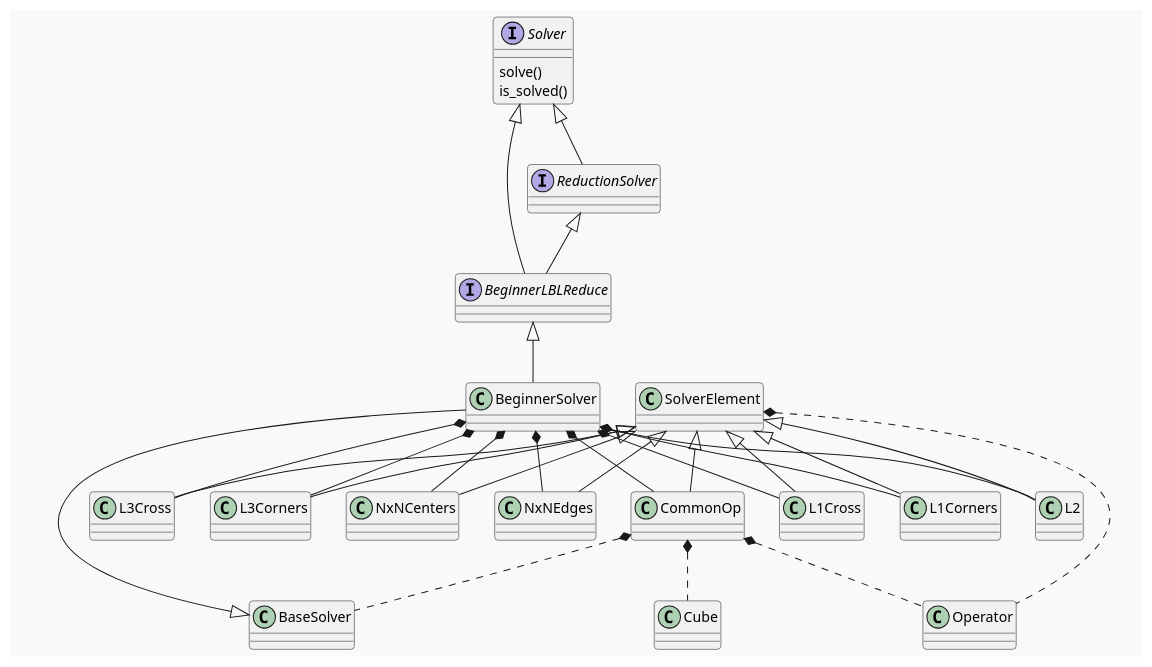
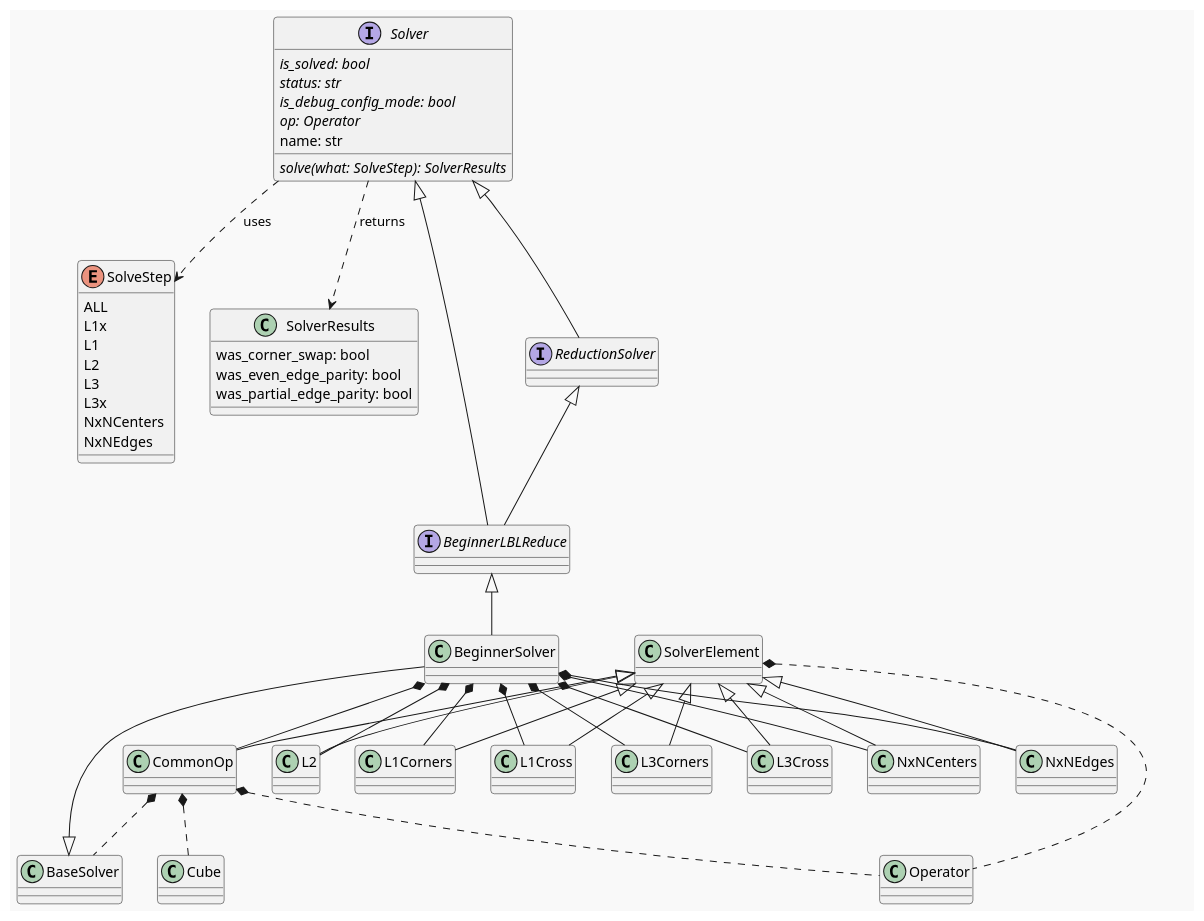
Before and after one commit to boaznahum/cubesolve: the diagram in readme_files/solver.puml, drawn with PlantUML. The commit also changed 14 other files, not shown here.

First line of the commit message:
Improve and add PlantUML diagrams for README documentation

```diff
--- a/readme_files/solver.puml
+++ b/readme_files/solver.puml
@@ -1,49 +1,74 @@
 @startuml
 !theme mars
 
 'https://plantuml.com/class-diagram
 
+enum SolveStep {
+    ALL
+    L1x
+    L1
+    L2
+    L3
+    L3x
+    NxNCenters
+    NxNEdges
+}
+
+class SolverResults {
+    was_corner_swap: bool
+    was_even_edge_parity: bool
+    was_partial_edge_parity: bool
+}
+
 interface Solver {
-    solve()
-    is_solved()
+    {abstract} solve(what: SolveStep): SolverResults
+    {abstract} is_solved: bool
+    {abstract} status: str
+    {abstract} is_debug_config_mode: bool
+    {abstract} op: Operator
+    name: str
 }
+
 interface ReductionSolver
 interface BeginnerLBLReduce
+
+Solver ..> SolveStep : uses
+Solver ..> SolverResults : returns
 
 Solver <|-- ReductionSolver
 
 
 
 
 Solver <|-- BeginnerLBLReduce
 ReductionSolver <|-- BeginnerLBLReduce
 
 class BeginnerSolver
 
 BeginnerLBLReduce <|-- BeginnerSolver
 BaseSolver <|-- BeginnerSolver
 
 CommonOp *.. Operator
 CommonOp *.. BaseSolver
 CommonOp *.. Cube
 
 SolverElement *.. Operator
 
 SolverElement <|-- CommonOp
 SolverElement <|-- L1Cross
 SolverElement <|-- L1Corners
 SolverElement <|-- L2
 SolverElement <|-- L3Cross
 SolverElement <|-- L3Corners
 SolverElement <|-- NxNCenters
 SolverElement <|-- NxNEdges
 
 BeginnerSolver *-- CommonOp
 BeginnerSolver *-- L1Cross
 BeginnerSolver *-- L1Corners
 BeginnerSolver *-- L2
 BeginnerSolver *-- L3Cross
 BeginnerSolver *-- L3Corners
 BeginnerSolver *-- NxNCenters
 BeginnerSolver *-- NxNEdges
 @enduml
```
